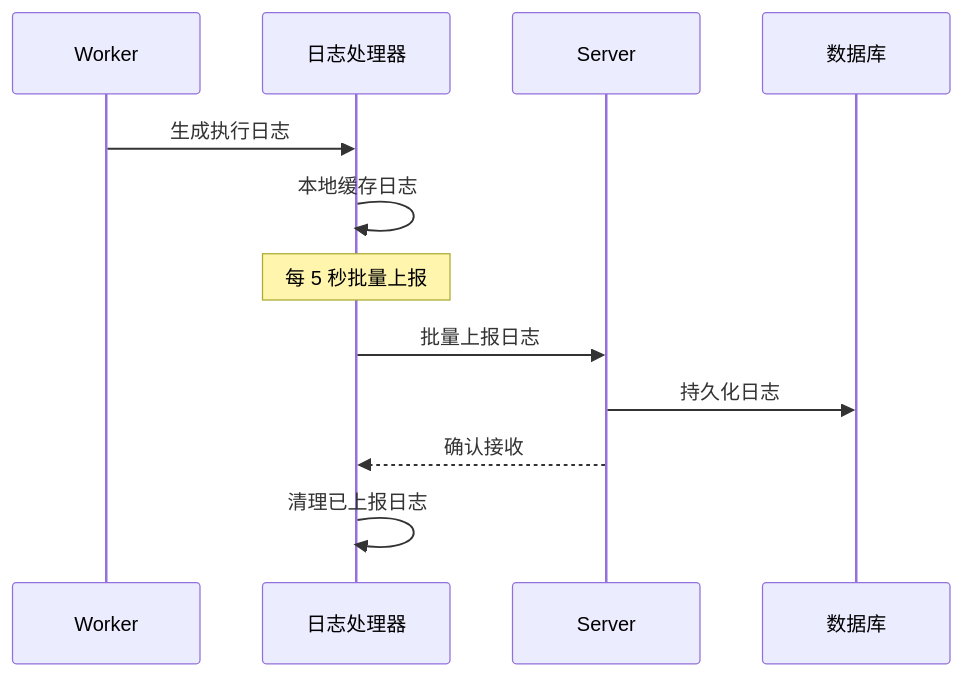
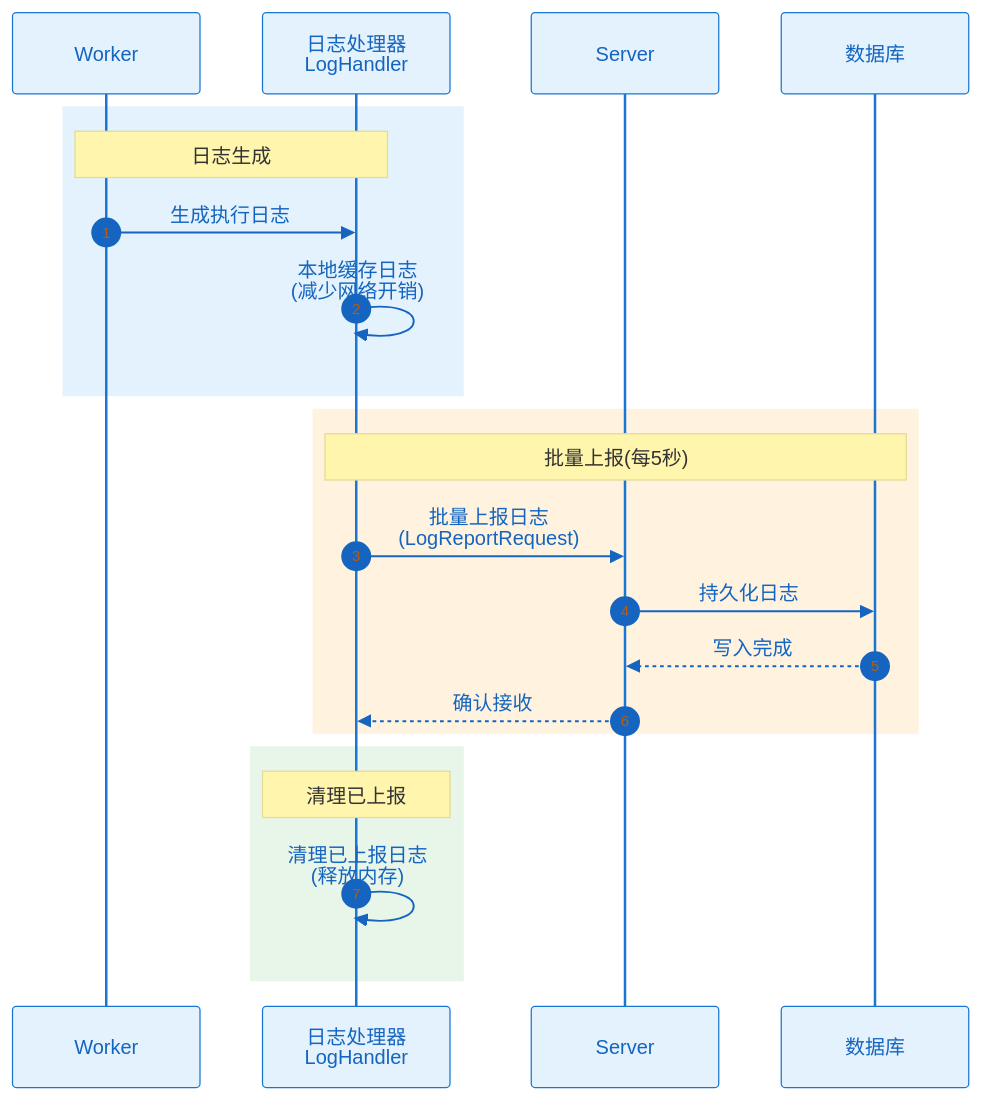
One commit to Echo009/PowerJob-Docs changed the fifth of 6 diagrams in zh/core/architecture.md. Above: the diagram before and after it, drawn with Mermaid. The commit also changed other lines of this file and 7 other files, not shown here.

Commit message:
chore: 优化文档中的 mermaid 图表样式

````diff
--- a/zh/core/architecture.md
+++ b/zh/core/architecture.md
@@ -386,15 +436,29 @@
 ```mermaid
+%%{init: {'theme':'base', 'themeVariables': { 'primaryColor':'#e3f2fd', 'primaryTextColor':'#1565c0', 'primaryBorderColor':'#1976d2', 'lineColor':'#42a5f5', 'secondaryColor':'#e8f5e9', 'tertiaryColor':'#fff3e0', 'background':'#ffffff'}}}%%
 sequenceDiagram
-    participant W as Worker
-    participant LH as 日志处理器
-    participant S as Server
+    autonumber
+
+    participant Worker as Worker
+    participant Logger as 日志处理器<br/>LogHandler
+    participant Server as Server
     participant DB as 数据库
 
-    W->>LH: 生成执行日志
-    LH->>LH: 本地缓存日志
-    Note over LH: 每 5 秒批量上报
-    LH->>S: 批量上报日志
-    S->>DB: 持久化日志
-    S-->>LH: 确认接收
-    LH->>LH: 清理已上报日志
+    rect rgb(227, 242, 253)
+        Note over Worker,Logger: 日志生成
+        Worker->>Logger: 生成执行日志
+        Logger->>Logger: 本地缓存日志<br/>(减少网络开销)
+    end
+
+    rect rgb(255, 243, 224)
+        Note over Logger,DB: 批量上报(每5秒)
+        Logger->>Server: 批量上报日志<br/>(LogReportRequest)
+        Server->>DB: 持久化日志
+        DB-->>Server: 写入完成
+        Server-->>Logger: 确认接收
+    end
+
+    rect rgb(232, 245, 233)
+        Note over Logger: 清理已上报
+        Logger->>Logger: 清理已上报日志<br/>(释放内存)
+    end
 ```
````
